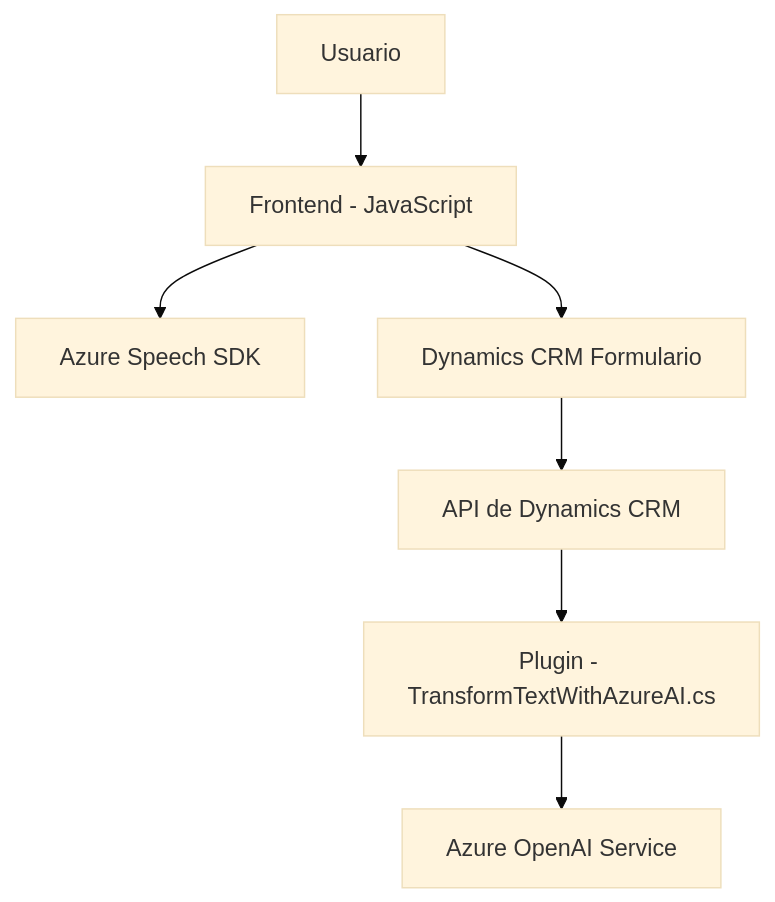
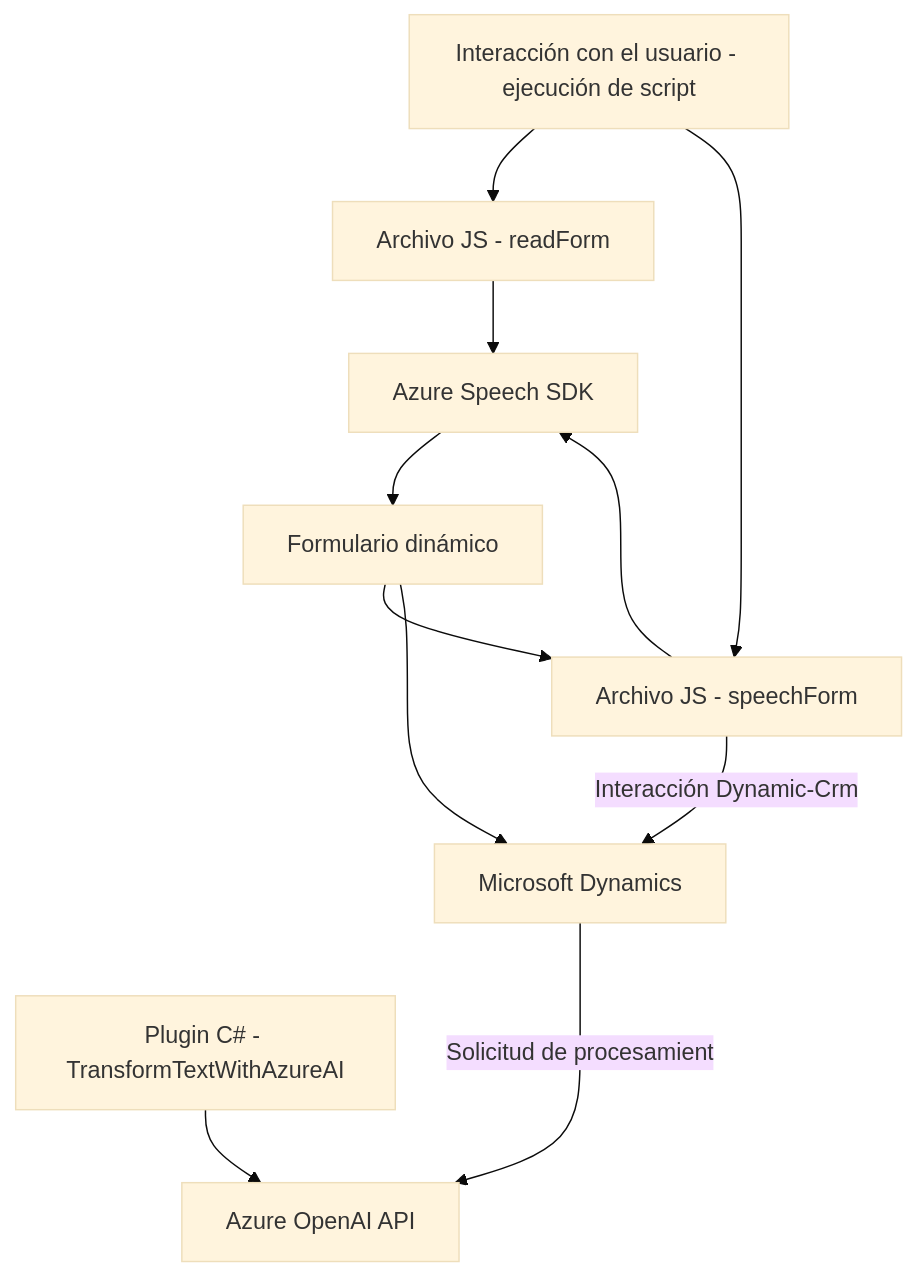
Before and after one commit to blopezdm/NETCORE_BILBAO2025: the diagram in README.md, drawn with Mermaid (base theme). The commit also changed other lines of this file, not shown here.

Commit message:
Actualizar análisis global de la solución con IA

````diff
--- a/README.md
+++ b/README.md
@@ -42,9 +34,22 @@
 ```mermaid
 graph TD
-  A["Usuario"] --> B["Frontend - JavaScript"]
-  B["Frontend - JavaScript"] --> C["Azure Speech SDK"]
-  B --> D["Dynamics CRM Formulario"]
-  D --> E["API de Dynamics CRM"]
-  E --> F["Plugin - TransformTextWithAzureAI.cs"]
-  F["Plugin - TransformTextWithAzureAI.cs"] --> G["Azure OpenAI Service"]
+Start["Interacción con el usuario - ejecución de script"]
+A["Archivo JS - readForm"]
+B["Archivo JS - speechForm"]
+VoiceInput["Azure Speech SDK"]
+C["Plugin C# - TransformTextWithAzureAI"]
+D["Microsoft Dynamics"]
+AzureAI["Azure OpenAI API"]
+Form["Formulario dinámico"]
+
+Start-->A
+Start-->B
+A-->VoiceInput
+B-->VoiceInput
+VoiceInput-->Form
+Form-->B
+Form-->D
+B--Interacción Dynamic-Crm-->D
+D--Solicitud de procesamiento-->AzureAI
+C-->AzureAI
 ```
````
